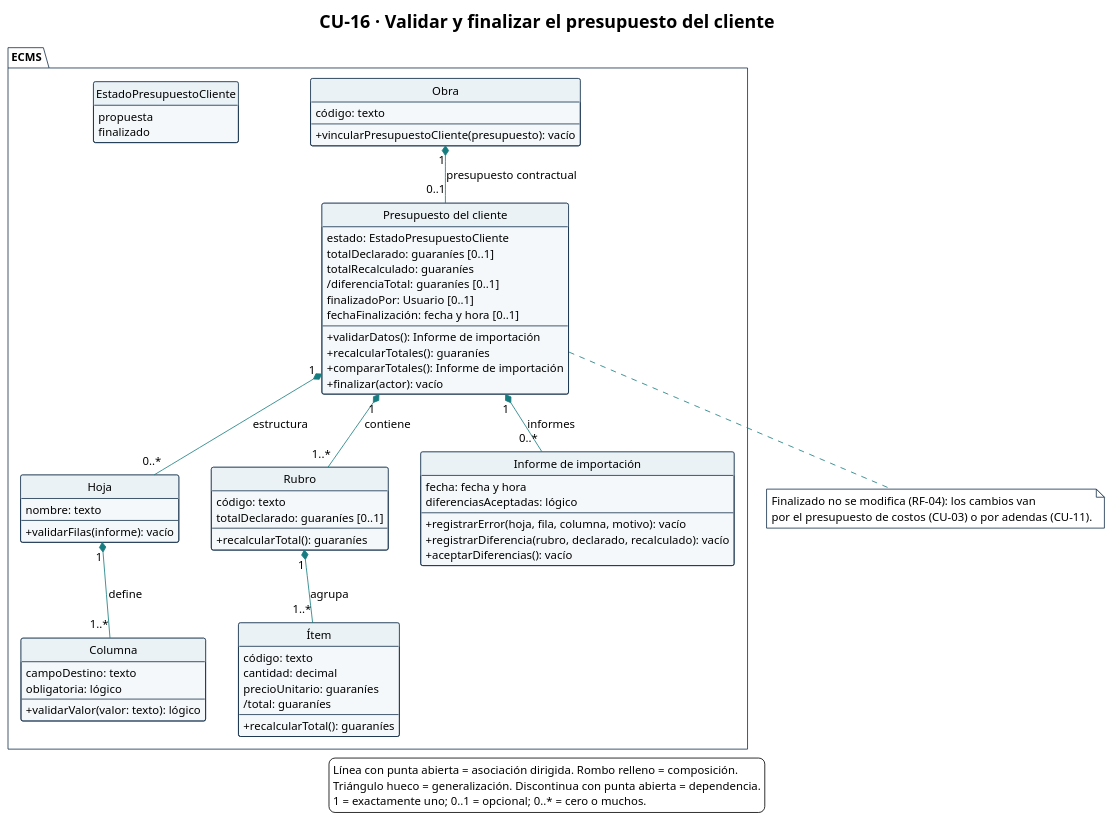
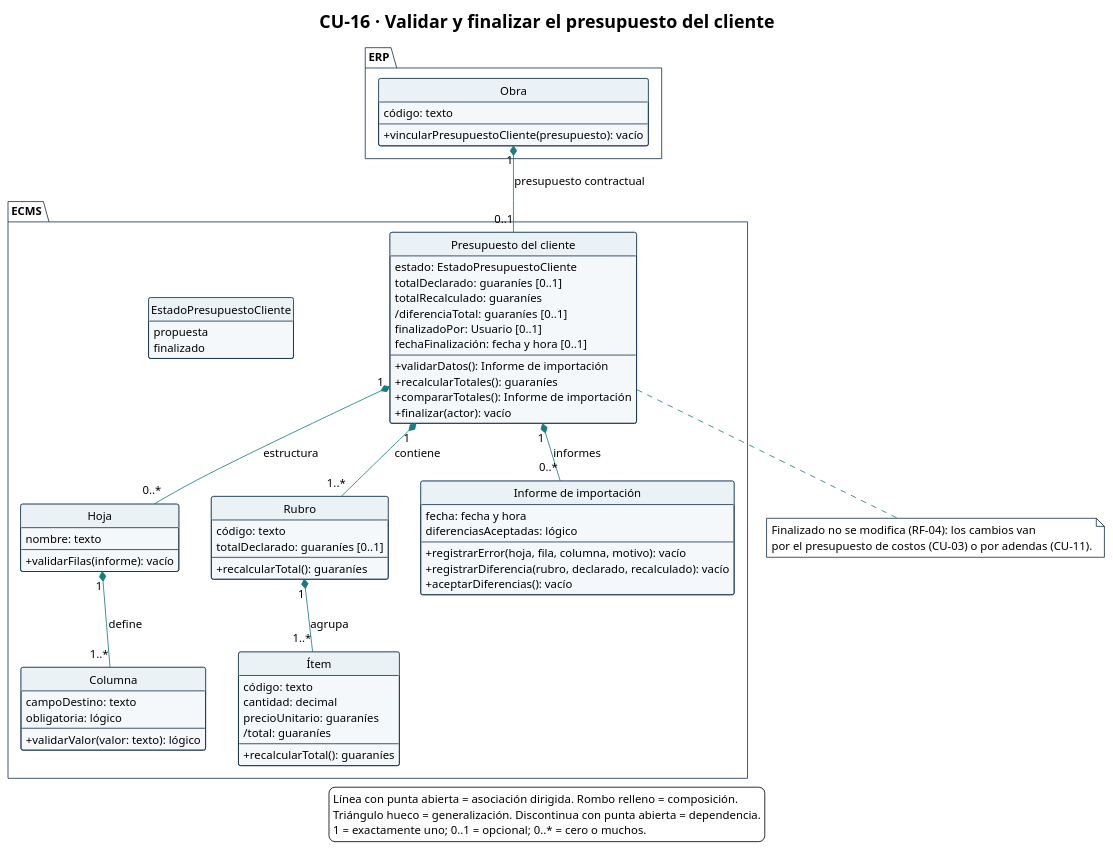
Before and after one commit to Ssrrb/tpf-uca: the diagram in diagramas/CU-16-clases.puml, drawn with PlantUML. The commit also changed 13 other files, not shown here.

```diff
--- a/diagramas/CU-16-clases.puml
+++ b/diagramas/CU-16-clases.puml
@@ -1,110 +1,113 @@
 @startuml
 !theme plain
 skinparam style strictuml
 title CU-16 · Validar y finalizar el presupuesto del cliente
 hide circle
 hide empty methods
 hide empty fields
 skinparam shadowing false
 skinparam classAttributeIconSize 0
 skinparam defaultFontName Arial
 skinparam defaultFontSize 14
 skinparam nodesep 40
 skinparam ranksep 50
 skinparam ArrowColor #167C80
 skinparam class {
   BackgroundColor #F5F8FA
   BorderColor #17324D
   HeaderBackgroundColor #EAF2F6
 }
 skinparam package {
   BackgroundColor #FFFFFF
   BorderColor #17324D
 }
 skinparam note {
   BackgroundColor #FFFFFF
   BorderColor #17324D
 }
-package "ECMS" {
+package "ERP" {
   class Obra {
     código: texto
     --
     + vincularPresupuestoCliente(presupuesto): vacío
   }
+}
+
+package "ECMS" {
 
   class "Presupuesto del cliente" as PresupuestoCliente {
     estado: EstadoPresupuestoCliente
     totalDeclarado: guaraníes [0..1]
     totalRecalculado: guaraníes
     /diferenciaTotal: guaraníes [0..1]
     finalizadoPor: Usuario [0..1]
     fechaFinalización: fecha y hora [0..1]
     --
     + validarDatos(): Informe de importación
     + recalcularTotales(): guaraníes
     + compararTotales(): Informe de importación
     + finalizar(actor): vacío
   }
 
   class Hoja {
     nombre: texto
     --
     + validarFilas(informe): vacío
   }
 
   class Columna {
     campoDestino: texto
     obligatoria: lógico
     --
     + validarValor(valor: texto): lógico
   }
 
   class Rubro {
     código: texto
     totalDeclarado: guaraníes [0..1]
     --
     + recalcularTotal(): guaraníes
   }
 
   class "Ítem" as Item {
     código: texto
     cantidad: decimal
     precioUnitario: guaraníes
     /total: guaraníes
     --
     + recalcularTotal(): guaraníes
   }
 
   class "Informe de importación" as InformeImportacion {
     fecha: fecha y hora
     diferenciasAceptadas: lógico
     --
     + registrarError(hoja, fila, columna, motivo): vacío
     + registrarDiferencia(rubro, declarado, recalculado): vacío
     + aceptarDiferencias(): vacío
   }
 
   enum EstadoPresupuestoCliente {
     propuesta
     finalizado
   }
 }
 
 Obra "1" *-- "0..1" PresupuestoCliente : presupuesto contractual
 PresupuestoCliente "1" *-- "0..*" Hoja : estructura
 Hoja "1" *-- "1..*" Columna : define
 PresupuestoCliente "1" *-- "1..*" Rubro : contiene
 Rubro "1" *-- "1..*" Item : agrupa
 PresupuestoCliente "1" *-- "0..*" InformeImportacion : informes
 
 note bottom of PresupuestoCliente
   Finalizado no se modifica (RF-04): los cambios van
   por el presupuesto de costos (CU-03) o por adendas (CU-11).
 end note
 
 legend bottom
   Línea con punta abierta = asociación dirigida. Rombo relleno = composición.
   Triángulo hueco = generalización. Discontinua con punta abierta = dependencia.
   1 = exactamente uno; 0..1 = opcional; 0..* = cero o muchos.
 endlegend
 @enduml
```
